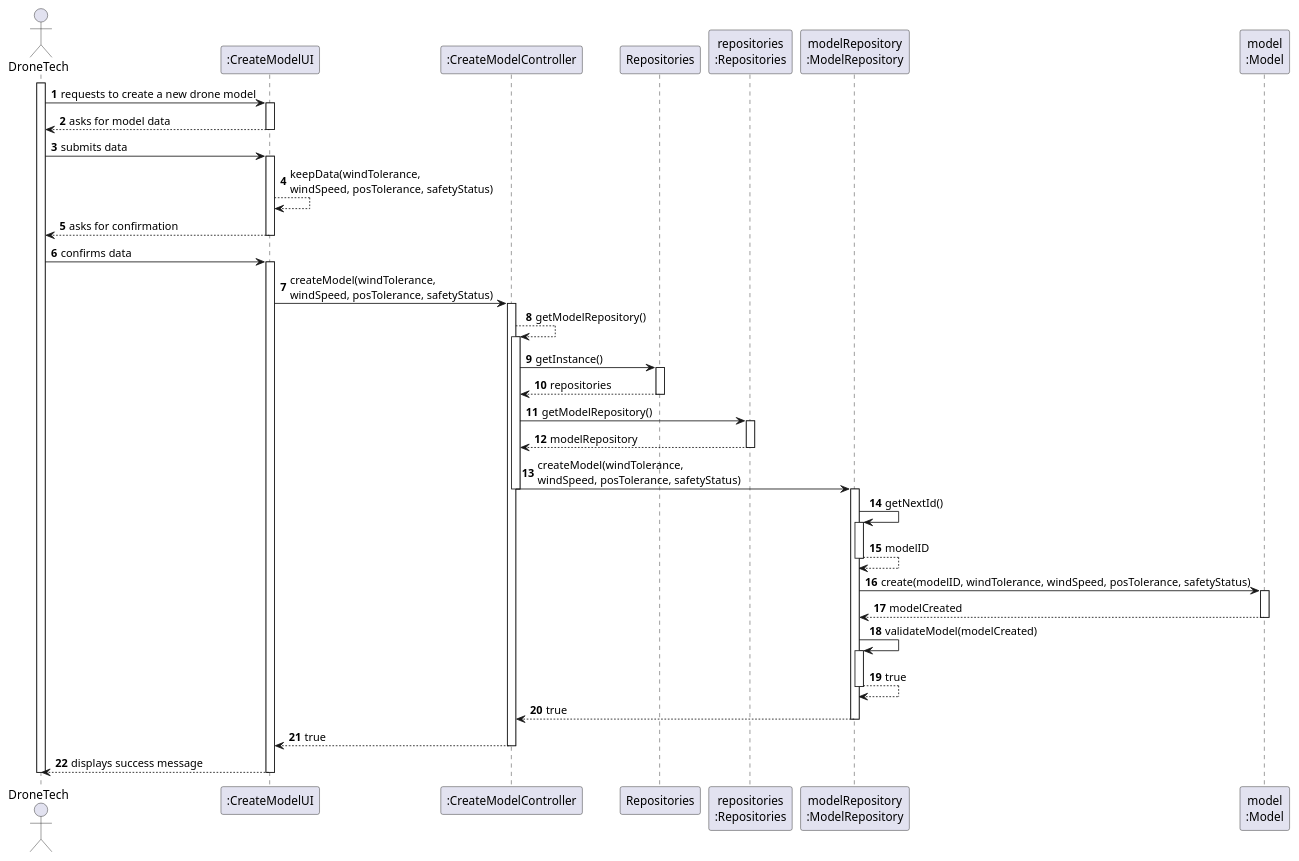
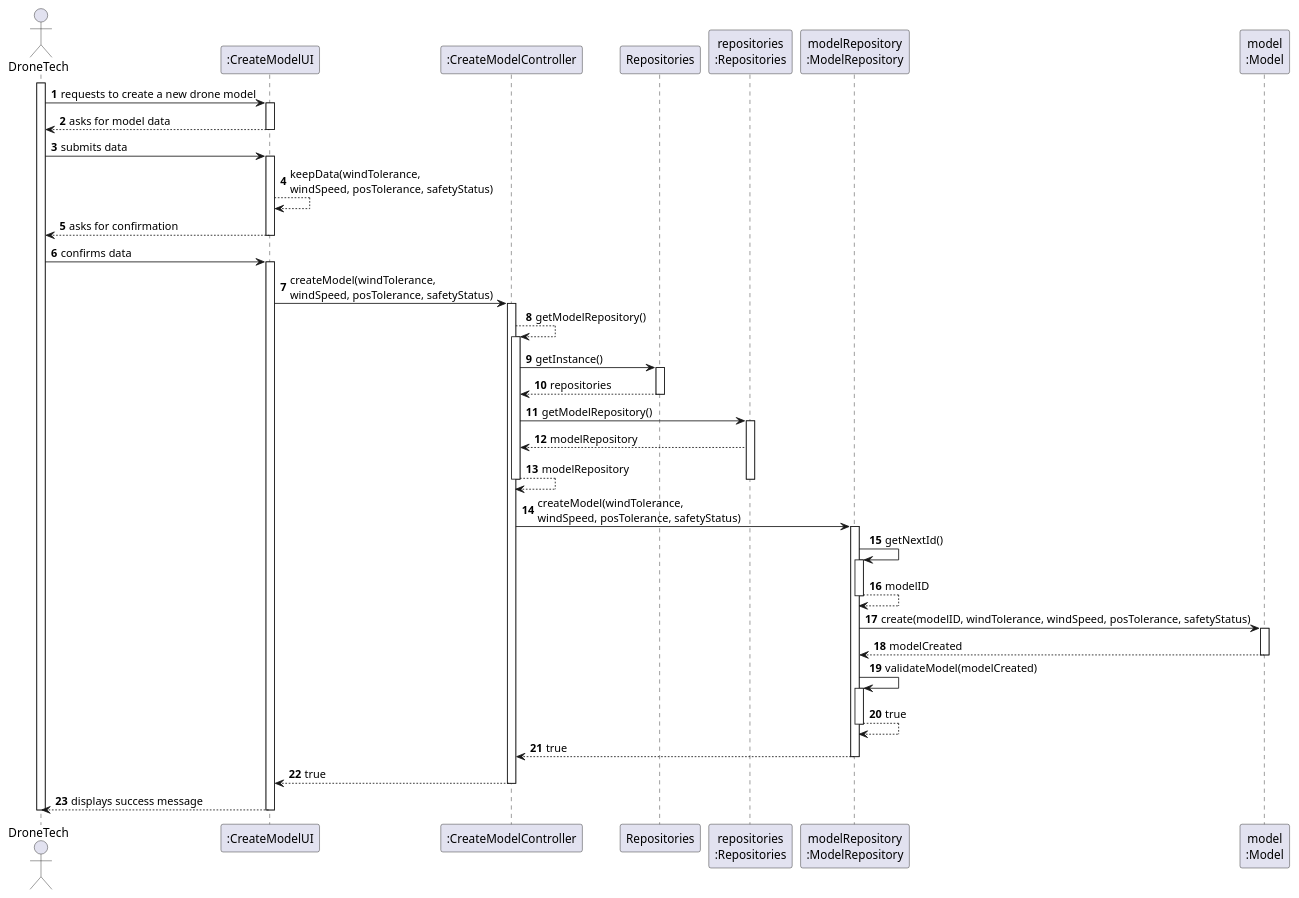
One commit to diogoveirospro/sem4pi-2024-2025-sem4pi_2024_2025_g44 changed the diagram in docs/SPRINT_2/US240/puml/sequence_diagram_us240.puml. Above: the diagram before and after it, drawn with PlantUML.

Commit message:
now is done for now

```diff
--- a/docs/SPRINT_2/US240/puml/sequence_diagram_us240.puml
+++ b/docs/SPRINT_2/US240/puml/sequence_diagram_us240.puml
@@ -1,72 +1,74 @@
 @startuml
 'skinparam monochrome
 
 skinparam packageStyle rectangle
 skinparam shadowing false
 
 autonumber
 
 actor "DroneTech" as DT
 participant ":CreateModelUI" as UI
 participant ":CreateModelController" as CTRL
 participant "Repositories" as REPOS
 participant "repositories\n:Repositories" as REPOS_SINGLETON
 participant "modelRepository\n:ModelRepository" as MOD_REPO
 participant "model\n:Model" as MODEL
 
 activate DT
 
 DT -> UI : requests to create a new drone model
 activate UI
     UI --> DT : asks for model data
     deactivate UI
     DT -> UI : submits data
     activate UI
     UI --> UI : keepData(windTolerance, \nwindSpeed, posTolerance, safetyStatus)
     UI --> DT : asks for confirmation
     deactivate UI
     DT -> UI : confirms data
     activate UI
     UI -> CTRL : createModel(windTolerance, \nwindSpeed, posTolerance, safetyStatus)
     activate CTRL
         CTRL --> CTRL :getModelRepository()
         activate CTRL
         CTRL -> REPOS : getInstance()
         activate REPOS
             REPOS --> CTRL : repositories
         deactivate REPOS
 
         CTRL -> REPOS_SINGLETON : getModelRepository()
         activate REPOS_SINGLETON
             REPOS_SINGLETON --> CTRL : modelRepository
+        CTRL -->CTRL : modelRepository
         deactivate REPOS_SINGLETON
+        deactivate CTRL
             CTRL -> MOD_REPO : createModel(windTolerance, \nwindSpeed, posTolerance, safetyStatus)
-            deactivate CTRL
+
             activate MOD_REPO
         MOD_REPO -> MOD_REPO : getNextId()
         activate MOD_REPO
         MOD_REPO --> MOD_REPO : modelID
         deactivate MOD_REPO
 
         MOD_REPO -> MODEL : create(modelID, windTolerance, windSpeed, posTolerance, safetyStatus)
         activate MODEL
         MODEL -->MOD_REPO : modelCreated
         deactivate MODEL
                     MOD_REPO -> MOD_REPO: validateModel(modelCreated)
                     activate MOD_REPO
                         MOD_REPO --> MOD_REPO : true
                     deactivate MOD_REPO
 
                     MOD_REPO --> CTRL : true
 
         deactivate MOD_REPO
 
         CTRL --> UI : true
 
     deactivate CTRL
 
 UI --> DT : displays success message
 deactivate UI
 deactivate DT
 
 @enduml
```
